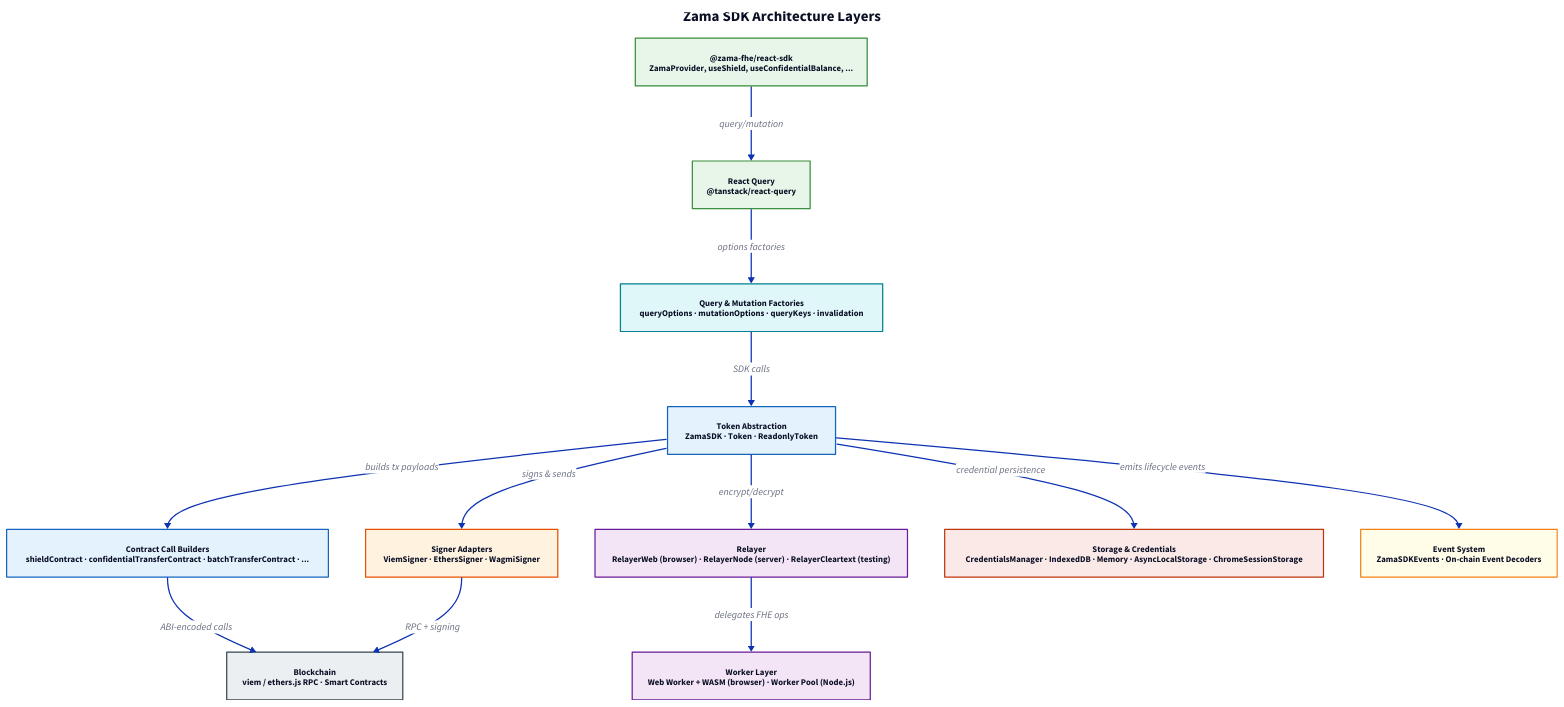
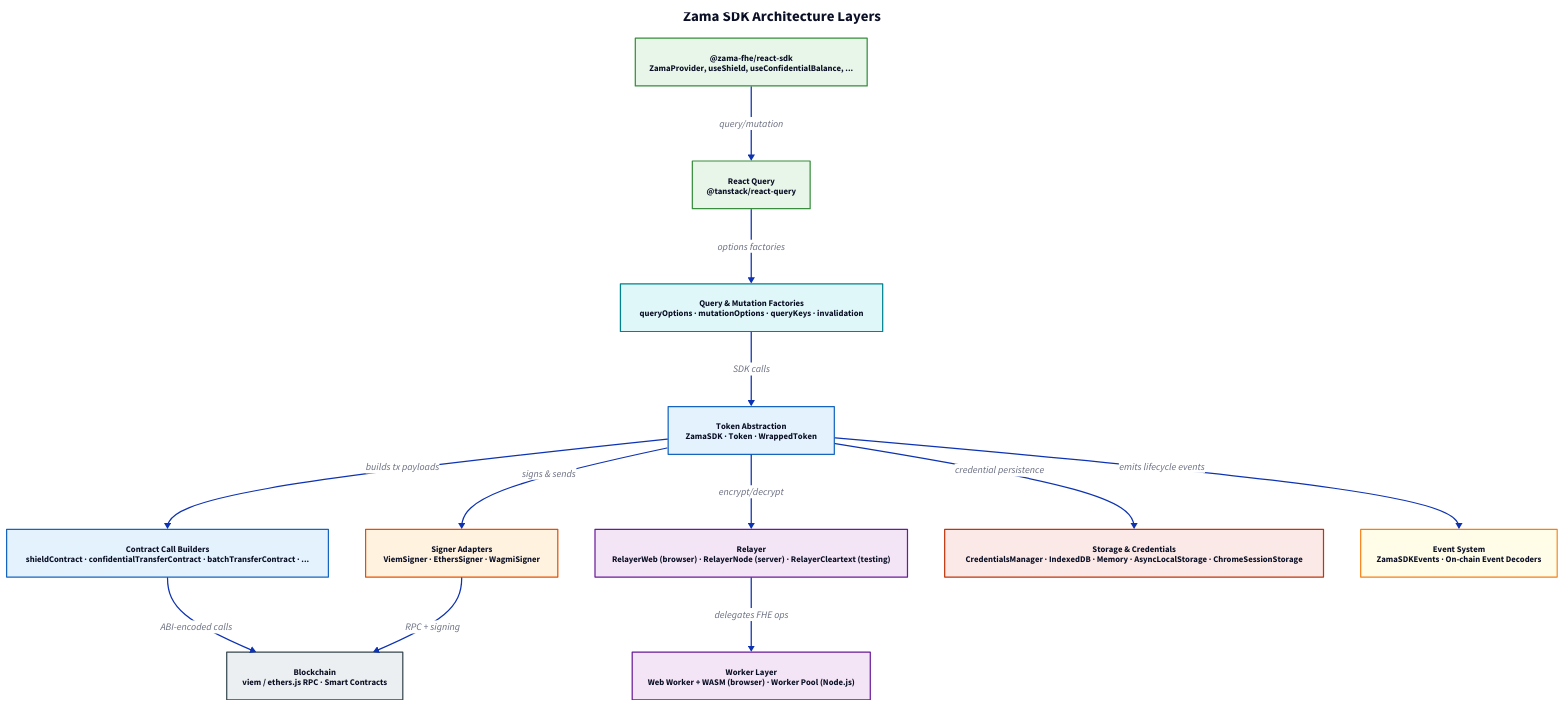
Before and after one commit to zama-ai/sdk: the diagram in docs/diagrams/layers.d2, drawn with D2. The commit also changed 175 other files, not shown here.

First line of the commit message:
refactor: split Token into Token + WrappedToken hierarchy [SDK-96] (#323)

```diff
--- a/docs/diagrams/layers.d2
+++ b/docs/diagrams/layers.d2
@@ -1,95 +1,95 @@
 direction: down
 
 title: {
   label: "Zama SDK Architecture Layers"
   near: top-center
   shape: text
   style.font-size: 24
   style.bold: true
 }
 
 # --- UI Layer ---
 react-hooks: "@zama-fhe/react-sdk\nZamaProvider, useShield, useConfidentialBalance, ..." {
   style.fill: "#E8F5E9"
   style.stroke: "#388E3C"
   style.font-size: 14
 }
 
 react-query: "React Query\n@tanstack/react-query" {
   style.fill: "#E8F5E9"
   style.stroke: "#388E3C"
   style.font-size: 14
 }
 
 # --- Query Layer ---
 query: "Query & Mutation Factories\nqueryOptions · mutationOptions · queryKeys · invalidation" {
   style.fill: "#E0F7FA"
   style.stroke: "#00838F"
   style.font-size: 14
 }
 
 # --- Abstraction Layer ---
-token: "Token Abstraction\nZamaSDK · Token · ReadonlyToken" {
+token: "Token Abstraction\nZamaSDK · Token · WrappedToken" {
   style.fill: "#E3F2FD"
   style.stroke: "#1565C0"
   style.font-size: 14
 }
 
 contracts: "Contract Call Builders\nshieldContract · confidentialTransferContract · batchTransferContract · ..." {
   style.fill: "#E3F2FD"
   style.stroke: "#1565C0"
   style.font-size: 14
 }
 
 # --- Integration Layer ---
 signers: "Signer Adapters\nViemSigner · EthersSigner · WagmiSigner" {
   style.fill: "#FFF3E0"
   style.stroke: "#E65100"
   style.font-size: 14
 }
 
 # --- Crypto Layer ---
 relayer: "Relayer\nRelayerWeb (browser) · RelayerNode (server) · RelayerCleartext (testing)" {
   style.fill: "#F3E5F5"
   style.stroke: "#6A1B9A"
   style.font-size: 14
 }
 
 worker: "Worker Layer\nWeb Worker + WASM (browser) · Worker Pool (Node.js)" {
   style.fill: "#F3E5F5"
   style.stroke: "#6A1B9A"
   style.font-size: 14
 }
 
 # --- Storage Layer ---
 storage: "Storage & Credentials\nCredentialsManager · IndexedDB · Memory · AsyncLocalStorage · ChromeSessionStorage" {
   style.fill: "#FBE9E7"
   style.stroke: "#BF360C"
   style.font-size: 14
 }
 
 # --- External ---
 blockchain: "Blockchain\nviem / ethers.js RPC · Smart Contracts" {
   style.fill: "#ECEFF1"
   style.stroke: "#37474F"
   style.font-size: 14
 }
 
 events: "Event System\nZamaSDKEvents · On-chain Event Decoders" {
   style.fill: "#FFFDE7"
   style.stroke: "#F57F17"
   style.font-size: 14
 }
 
 # --- Connections ---
 react-hooks -> react-query: "query/mutation"
 react-query -> query: "options factories"
 query -> token: "SDK calls"
 token -> contracts: "builds tx payloads"
 token -> signers: "signs & sends"
 token -> relayer: "encrypt/decrypt"
 token -> events: "emits lifecycle events"
 contracts -> blockchain: "ABI-encoded calls"
 signers -> blockchain: "RPC + signing"
 relayer -> worker: "delegates FHE ops"
 token -> storage: "credential persistence"
```
